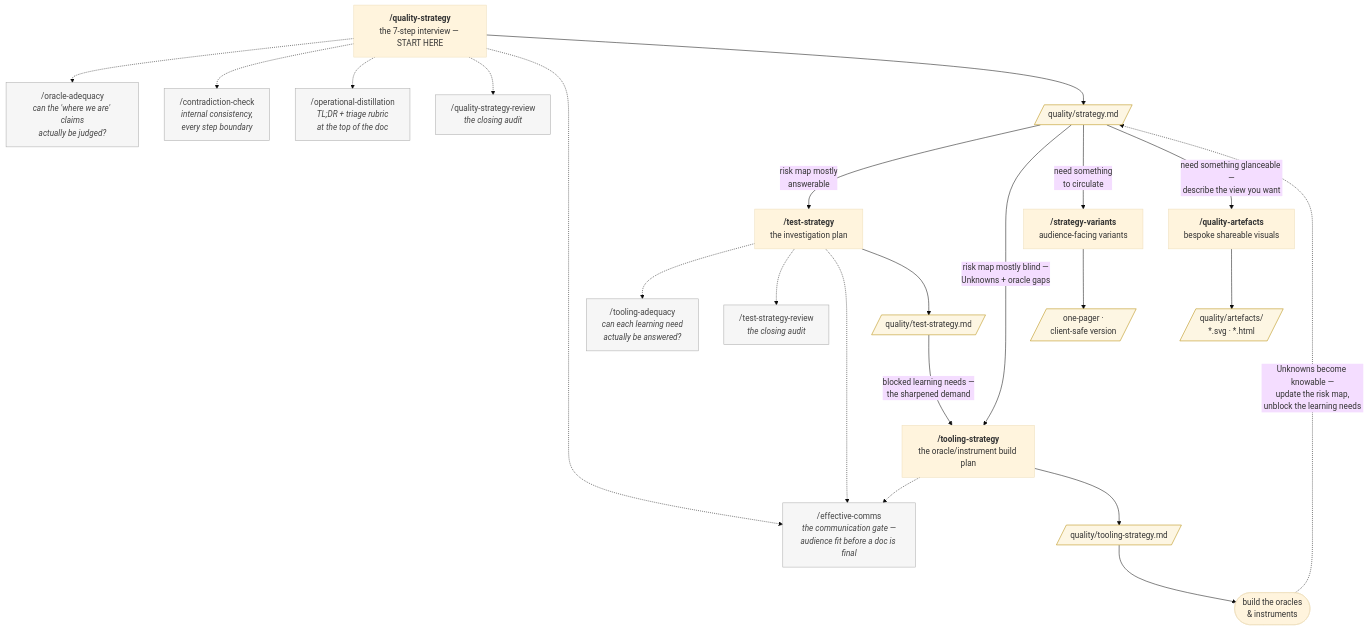
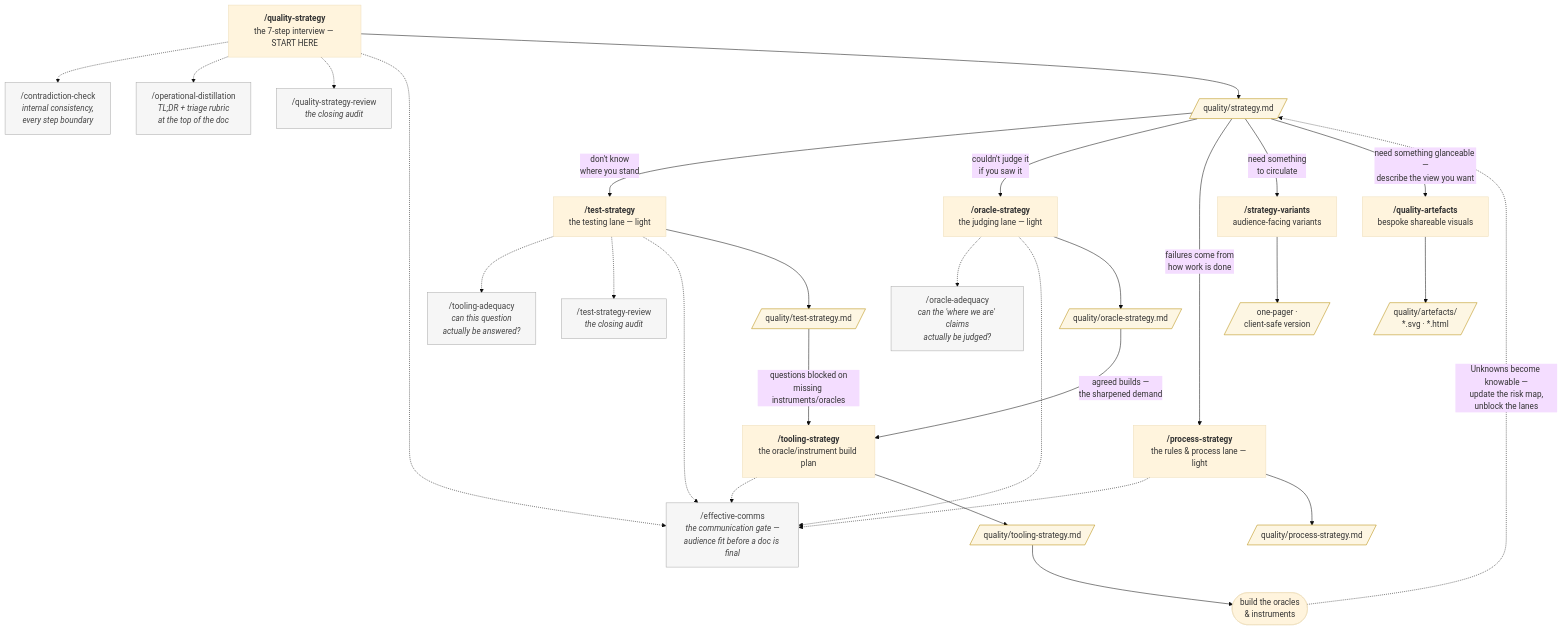
The diagram in README.md (tollens-ai/quality-strategy-skills), drawn with Mermaid (base theme) before and after one commit. The commit also changed other lines of this file and 25 other files, not shown here.

````diff
--- a/README.md
+++ b/README.md
@@ -53,52 +53,63 @@
 ```mermaid
 flowchart TD
     QS["<b>/quality-strategy</b><br/>the 7-step interview — START HERE"]
-    OA["/oracle-adequacy<br/><i>can the 'where we are' claims<br/>actually be judged?</i>"]
     CC["/contradiction-check<br/><i>internal consistency,<br/>every step boundary</i>"]
     OD["/operational-distillation<br/><i>TL;DR + triage rubric<br/>at the top of the doc</i>"]
     QSR["/quality-strategy-review<br/><i>the closing audit</i>"]
     EC["/effective-comms<br/><i>the communication gate —<br/>audience fit before a doc is final</i>"]
     SDOC[/"quality/strategy.md"/]
-    TS["<b>/test-strategy</b><br/>the investigation plan"]
-    TA["/tooling-adequacy<br/><i>can each learning need<br/>actually be answered?</i>"]
+    TS["<b>/test-strategy</b><br/>the testing lane — light"]
+    ORS["<b>/oracle-strategy</b><br/>the judging lane — light"]
+    PS["<b>/process-strategy</b><br/>the rules & process lane — light"]
+    TA["/tooling-adequacy<br/><i>can this question<br/>actually be answered?</i>"]
+    OA["/oracle-adequacy<br/><i>can the 'where we are' claims<br/>actually be judged?</i>"]
     TSR["/test-strategy-review<br/><i>the closing audit</i>"]
     TDOC[/"quality/test-strategy.md"/]
+    ORDOC[/"quality/oracle-strategy.md"/]
+    PDOC[/"quality/process-strategy.md"/]
     TOOL["<b>/tooling-strategy</b><br/>the oracle/instrument build plan"]
     ODOC[/"quality/tooling-strategy.md"/]
     SV["<b>/strategy-variants</b><br/>audience-facing variants"]
     VDOC[/"one-pager ·<br/>client-safe version"/]
     QA["<b>/quality-artefacts</b><br/>bespoke shareable visuals"]
     ADOC[/"quality/artefacts/<br/>*.svg · *.html"/]
     BUILD(["build the oracles<br/>& instruments"])
 
-    QS -.-> OA
     QS -.-> CC
     QS -.-> OD
     QS -.-> QSR
     QS -.-> EC
     QS --> SDOC
 
-    SDOC -->|"risk map mostly<br/>answerable"| TS
-    SDOC -->|"risk map mostly blind —<br/>Unknowns + oracle gaps"| TOOL
+    SDOC -->|"don't know<br/>where you stand"| TS
+    SDOC -->|"couldn't judge it<br/>if you saw it"| ORS
+    SDOC -->|"failures come from<br/>how work is done"| PS
     SDOC -->|"need something<br/>to circulate"| SV
     SDOC -->|"need something glanceable —<br/>describe the view you want"| QA
 
     TS -.-> TA
     TS -.-> TSR
     TS -.-> EC
     TS --> TDOC
-    TDOC -->|"blocked learning needs —<br/>the sharpened demand"| TOOL
+    ORS -.-> OA
+    ORS -.-> EC
+    ORS --> ORDOC
+    PS -.-> EC
+    PS --> PDOC
+
+    TDOC -->|"questions blocked on<br/>missing instruments/oracles"| TOOL
+    ORDOC -->|"agreed builds —<br/>the sharpened demand"| TOOL
 
     TOOL -.-> EC
     TOOL --> ODOC
     ODOC --> BUILD
-    BUILD -.->|"Unknowns become knowable —<br/>update the risk map,<br/>unblock the learning needs"| SDOC
+    BUILD -.->|"Unknowns become knowable —<br/>update the risk map,<br/>unblock the lanes"| SDOC
 
     SV --> VDOC
     QA --> ADOC
 
     classDef sub fill:#f6f6f6,stroke:#aaaaaa,color:#444444
     class OA,CC,OD,QSR,TA,TSR,EC sub
     classDef doc fill:#fdf6e3,stroke:#b58900,color:#333333
-    class SDOC,TDOC,ODOC,VDOC,ADOC doc
+    class SDOC,TDOC,ORDOC,PDOC,ODOC,VDOC,ADOC doc
 ```
````
